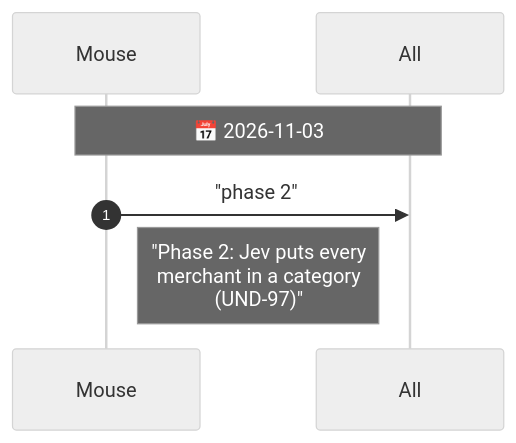
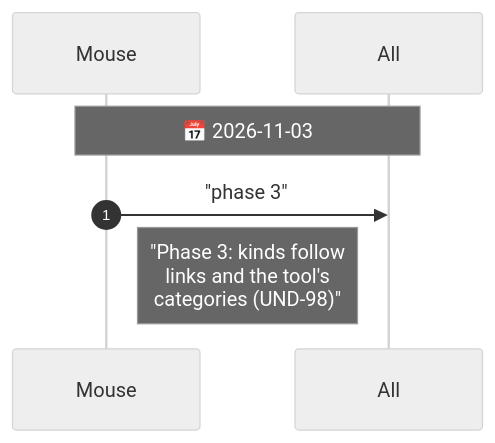
Before and after one commit to drusifer/understudy: diagram 19 of 19 in agents/CHAT.diagram.md, drawn with Mermaid (neutral theme). The commit also changed other lines of this file and 19 other files, not shown here.

First line of the commit message:
Phase 2: Jev puts every merchant in a category (UND-97)

````diff
--- a/agents/CHAT.diagram.md
+++ b/agents/CHAT.diagram.md
@@ -800,10 +831,10 @@
 ```mermaid
 %%{init: {"sequence": {"messageFontSize": 14, "noteFontSize": 18, "actorFontSize": 14}}}%%
 sequenceDiagram
     autonumber
     participant Mouse
     participant All
     Note over Mouse,All: 📅 2026-11-03
-    Mouse->>All: "phase 2"
-    Note right of Mouse: "Phase 2: Jev puts every<br/>merchant in a category<br/>(UND-97)"
+    Mouse->>All: "phase 3"
+    Note right of Mouse: "Phase 3: kinds follow<br/>links and the tool's<br/>categories (UND-98)"
 ```
````
